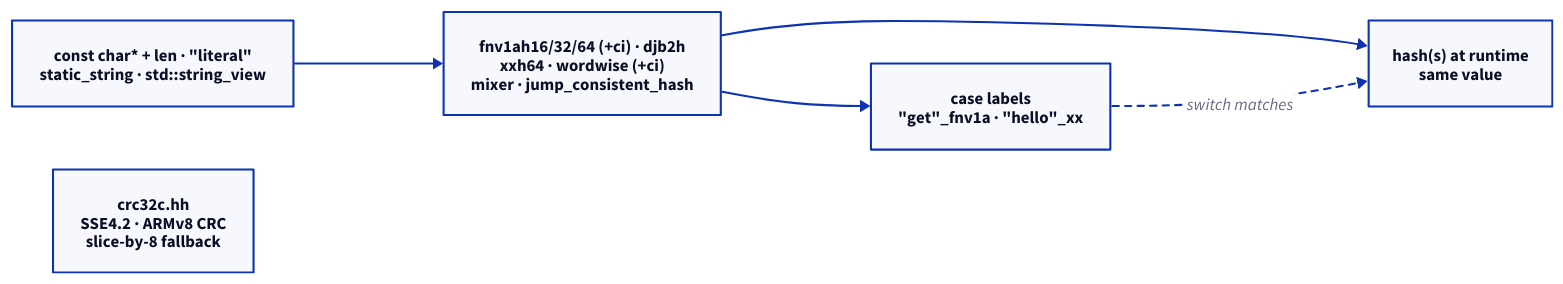
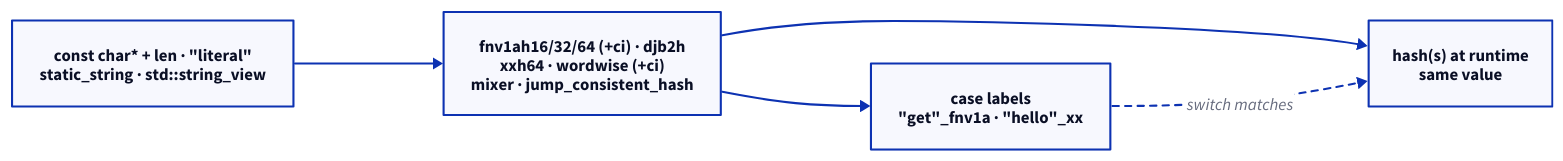
One commit to Kronuz/hashes changed the diagram in docs/hashes.d2. Above: the diagram before and after it, drawn with D2. The commit also changed 11 other files, not shown here.

```diff
--- a/docs/hashes.d2
+++ b/docs/hashes.d2
@@ -1,28 +1,24 @@
 # hashes: one hash(...) over every string form, at compile time or runtime.
 # Render: d2 --layout elk --sketch --theme 302 docs/hashes.d2 docs/hashes.svg
 direction: right
 
 inputs: inputs {
   label: "const char* + len · \"literal\"\nstatic_string · std::string_view"
 }
 
 families: hash families {
   label: "fnv1ah16/32/64 (+ci) · djb2h\nxxh64 · wordwise (+ci)\nmixer · jump_consistent_hash"
 }
 
 compile: "compile time" {
   label: "case labels\n\"get\"_fnv1a · \"hello\"_xx"
 }
 
 run: runtime {
   label: "hash(s) at runtime\nsame value"
 }
 
-crc: crc32c.hh {
-  label: "crc32c.hh\nSSE4.2 · ARMv8 CRC\nslice-by-8 fallback"
-}
-
 inputs -> families
 families -> compile
 families -> run
 compile -> run: "switch matches" {style.stroke-dash: 3}
```
